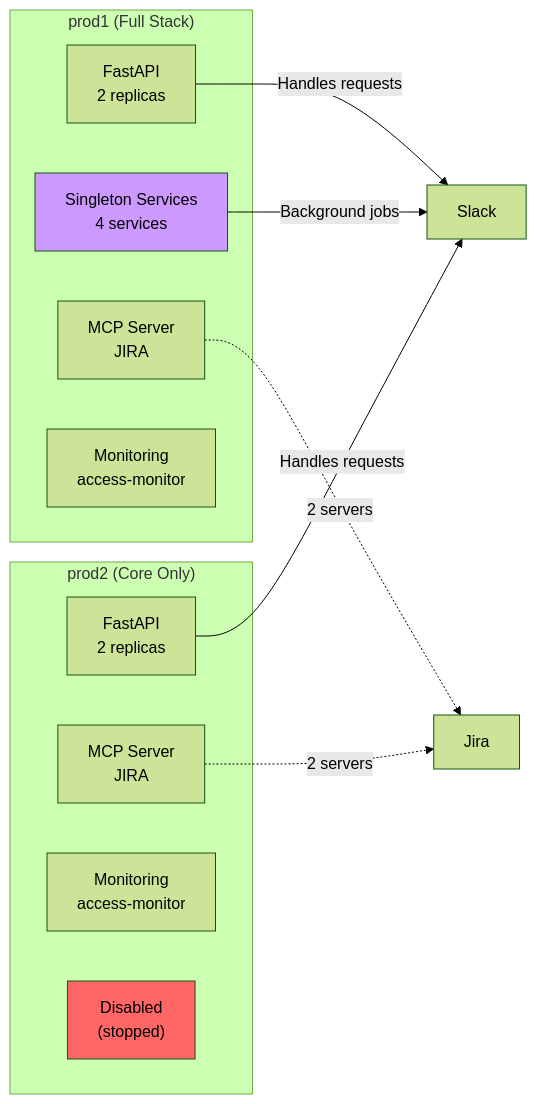
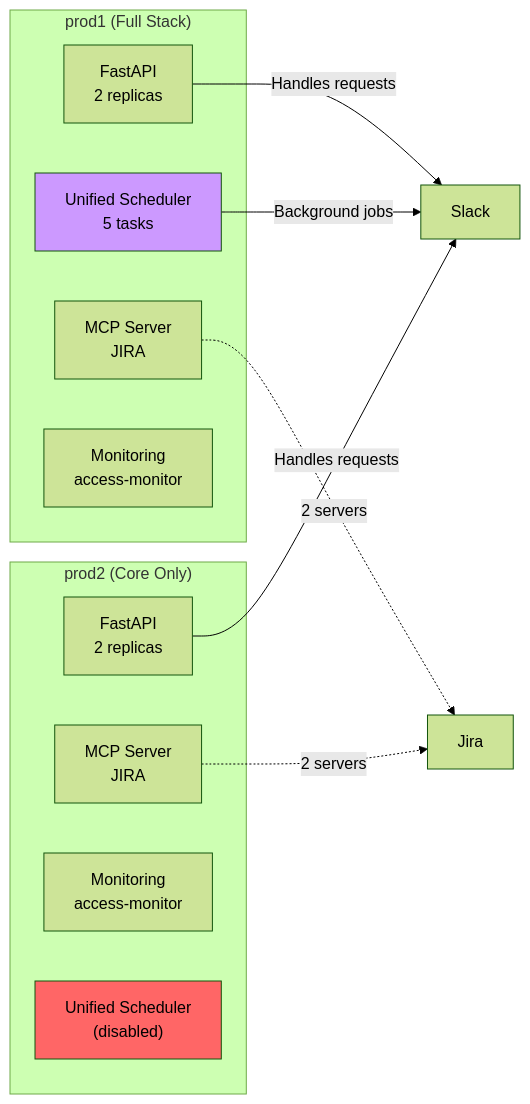
The third of 5 diagrams in projects/ketchup/docs/diagrams/5-container-topology.md (blueman82/mcp-exec), drawn with Mermaid (forest theme) before and after one commit. The commit also changed other lines of this file and 6 other files, not shown here.

First line of the commit message:
docs: Update documentation for Phase 1 Unified Scheduler Consolidation

````diff
--- a/projects/ketchup/docs/diagrams/5-container-topology.md
+++ b/projects/ketchup/docs/diagrams/5-container-topology.md
@@ -177,26 +153,26 @@
 ```mermaid
 graph LR
     subgraph "prod1 (Full Stack)"
         P1_FastAPI["FastAPI<br/>2 replicas"]
         P1_MCP["MCP Server<br/>JIRA"]
-        P1_Singleton["Singleton Services<br/>4 services"]
+        P1_Unified["Unified Scheduler<br/>5 tasks"]
         P1_Monitor["Monitoring<br/>access-monitor"]
     end
 
     subgraph "prod2 (Core Only)"
         P2_FastAPI["FastAPI<br/>2 replicas"]
         P2_MCP["MCP Server<br/>JIRA"]
         P2_Monitor["Monitoring<br/>access-monitor"]
-        P2_Disabled["Disabled<br/>(stopped)"]
+        P2_Disabled["Unified Scheduler<br/>(disabled)"]
     end
 
     P1_FastAPI -->|Handles requests| Slack
-    P1_Singleton -->|Background jobs| Slack
+    P1_Unified -->|Background jobs| Slack
     P2_FastAPI -->|Handles requests| Slack
 
-    style P1_Singleton fill:#cc99ff
+    style P1_Unified fill:#cc99ff
     style P2_Disabled fill:#ff6666
 
     P1_MCP -.->|2 servers| Jira
     P2_MCP -.->|2 servers| Jira
 ```
````
